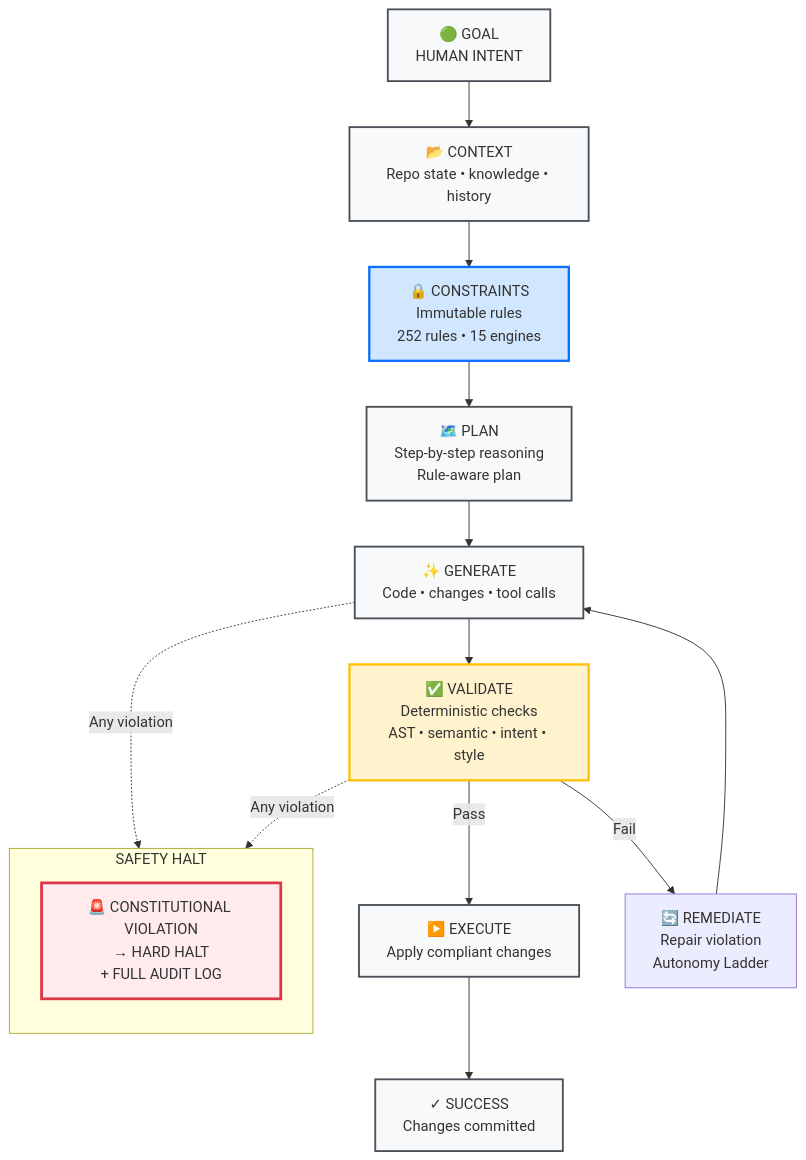
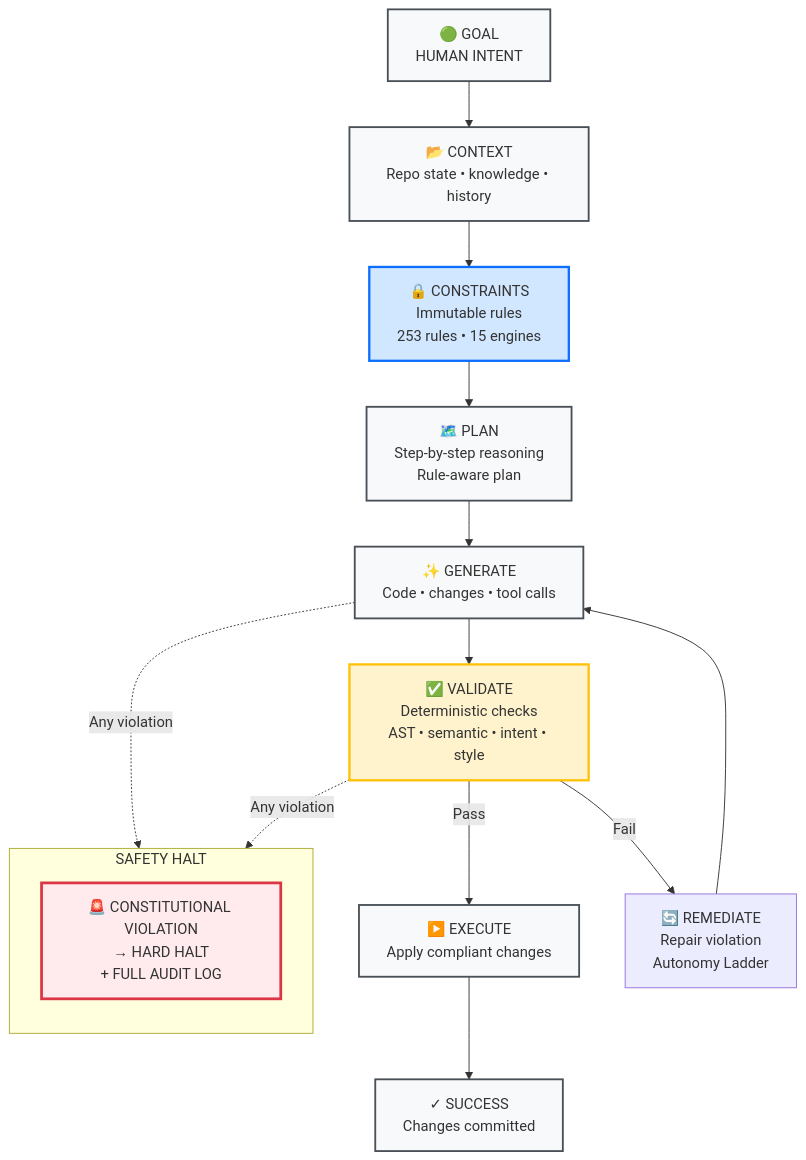
One commit to DariuszNewecki/CORE changed the diagram in README.md. Above: the diagram before and after it, drawn with Mermaid. The commit also changed other lines of this file and 1 other file, not shown here.

Commit message:
docs(readme): rule count 252 → 253 — modernization.dead_shim (ADR-151)
check_readme_counts.sh (#631) caught the drift on the ADR-151 push:
the new rule moved the total and mapped counts. The CLAUDE.md digest
moved in the governance commit; README.md + docs/how-it-works.md
lagged one check behind.

````diff
--- a/README.md
+++ b/README.md
@@ -134,30 +134,30 @@
 ```mermaid
 flowchart TD
     A["🟢 GOAL\nHUMAN INTENT"] --> B["📂 CONTEXT\nRepo state • knowledge • history"]
-    B --> C["🔒 CONSTRAINTS\nImmutable rules\n252 rules • 15 engines"]
+    B --> C["🔒 CONSTRAINTS\nImmutable rules\n253 rules • 15 engines"]
     C --> D["🗺️ PLAN\nStep-by-step reasoning\nRule-aware plan"]
     D --> E["✨ GENERATE\nCode • changes • tool calls"]
     E --> F["✅ VALIDATE\nDeterministic checks\nAST • semantic • intent • style"]
     F -->|Pass| G["▶️ EXECUTE\nApply compliant changes"]
     F -->|Fail| H["🔄 REMEDIATE\nRepair violation\nAutonomy Ladder"]
     H --> E
     G --> I["✓ SUCCESS\nChanges committed"]
 
     subgraph "SAFETY HALT"
         direction TB
         J["🚨 CONSTITUTIONAL VIOLATION\n→ HARD HALT\n+ FULL AUDIT LOG"]
     end
 
     E -.->|Any violation| J
     F -.->|Any violation| J
 
     classDef phase      fill:#f8f9fa,stroke:#495057,stroke-width:2px
     classDef constraint fill:#d1e7ff,stroke:#0d6efd,stroke-width:2.5px
     classDef validate   fill:#fff3cd,stroke:#ffc107,stroke-width:2.5px
     classDef halt       fill:#ffebee,stroke:#dc3545,stroke-width:3px
 
     class A,B,D,E,G,I phase
     class C constraint
     class F validate
     class J halt
 ```
````
